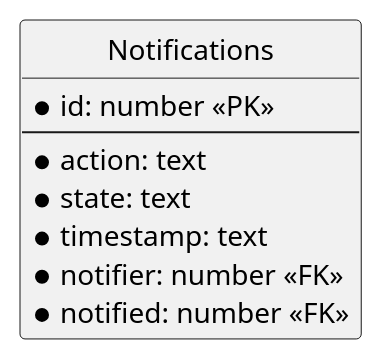
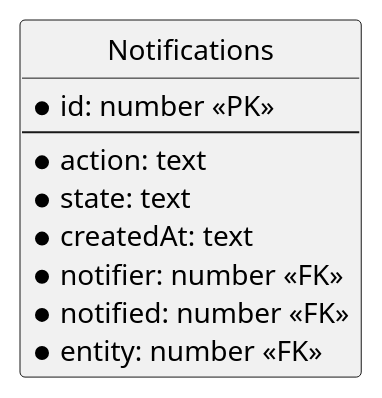
One commit to saifaldin/diagrams changed the diagram in notification.database.plantuml. Above: the diagram before and after it, drawn with PlantUML. The commit also changed 1 other file, not shown here.

```diff
--- a/notification.database.plantuml
+++ b/notification.database.plantuml
@@ -1,18 +1,19 @@
 @startuml
 ' hide the spot
 hide circle
 
 ' avoid problems with angled crows feet
 skinparam linetype ortho
 
 entity "Notifications" as notifications {
     *id: number <<PK>>
     --
     *action: text
     *state: text
-    *timestamp: text
+    *createdAt: text
     *notifier: number <<FK>>
     *notified: number <<FK>>
+    *entity: number <<FK>>
 }
 
 @enduml
```
